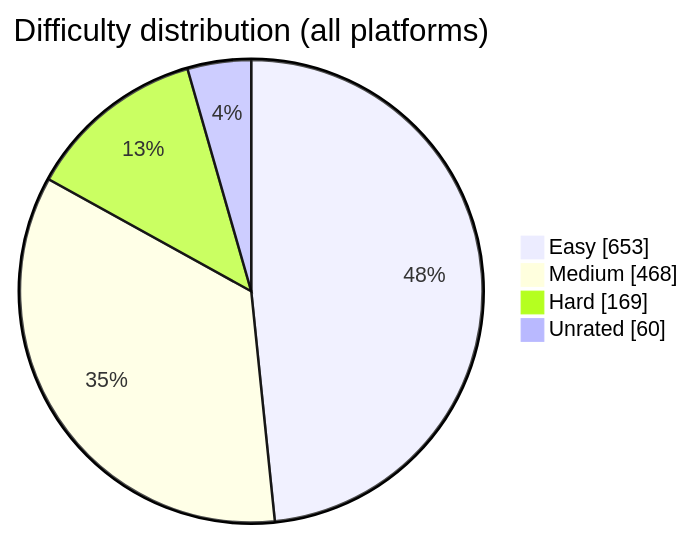
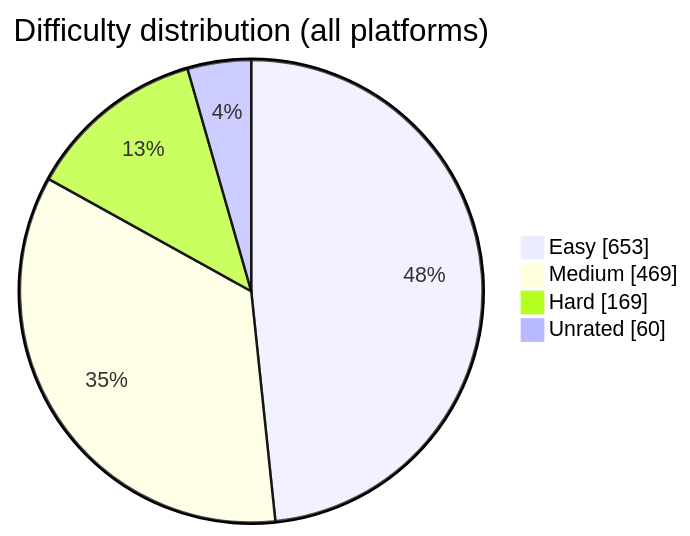
Before and after one commit to BuildbyArindam/Daily-Coding-Log: the diagram in README.md, drawn with Mermaid. The commit also changed other lines of this file, not shown here.

````diff
--- a/README.md
+++ b/README.md
@@ -93,7 +93,7 @@
 ```mermaid
 pie showData title Difficulty distribution (all platforms)
     "Easy" : 653
-    "Medium" : 468
+    "Medium" : 469
     "Hard" : 169
     "Unrated" : 60
 ```
````
